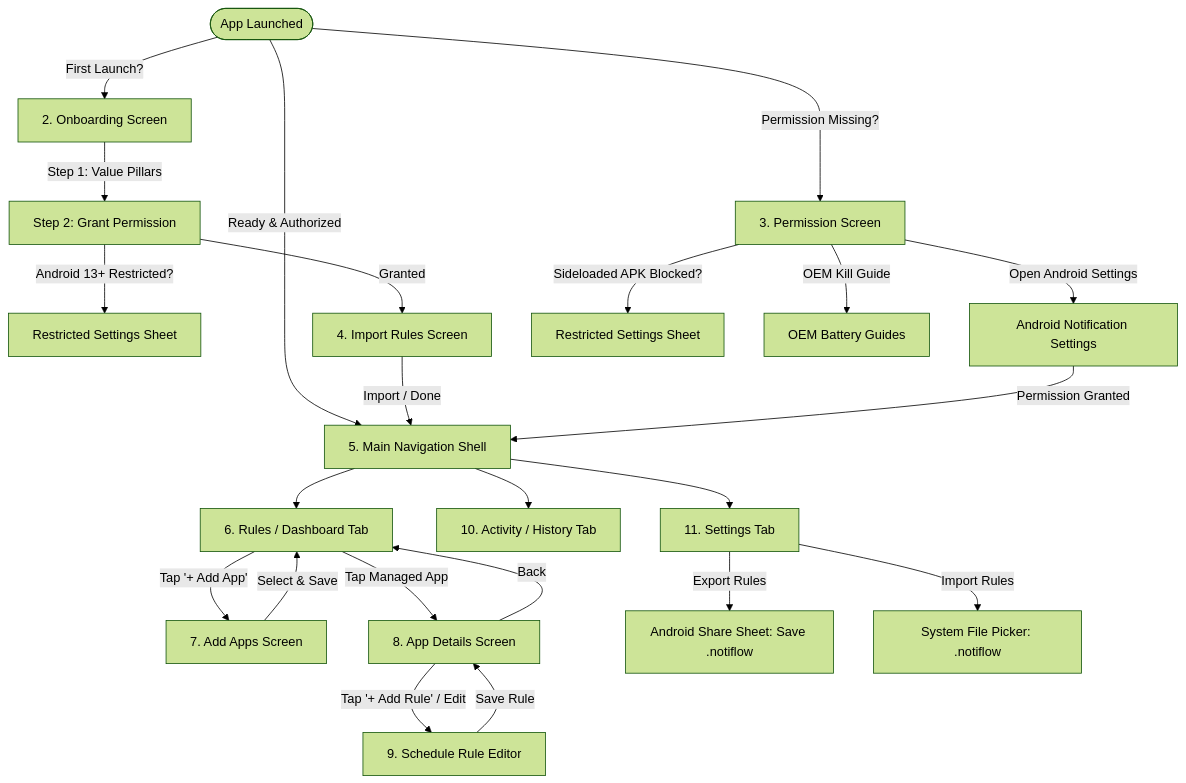
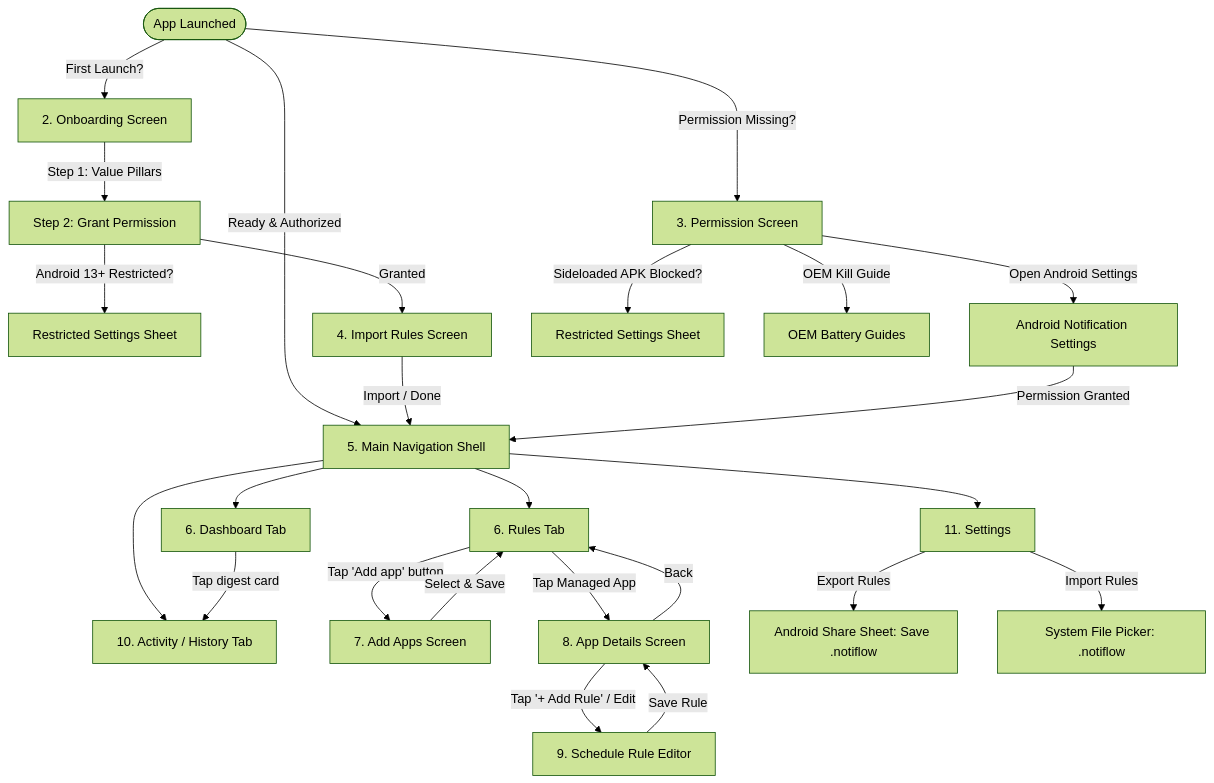
The diagram in APP_FEATURES.md (nawabrahbar/notiflow), drawn with Mermaid (forest theme) before and after one commit. The commit also changed other lines of this file and 86 other files, not shown here.

````diff
--- a/APP_FEATURES.md
+++ b/APP_FEATURES.md
@@ -52,37 +53,39 @@
 ```mermaid
 flowchart TD
     Start([App Launched]) -->|First Launch?| Onboarding[2. Onboarding Screen]
     Start -->|Permission Missing?| Perm[3. Permission Screen]
     Start -->|Ready & Authorized| Shell[5. Main Navigation Shell]
     
     %% Onboarding Flow
     Onboarding -->|Step 1: Value Pillars| OnboardingStep2[Step 2: Grant Permission]
     OnboardingStep2 -->|Android 13+ Restricted?| Sheet1[Restricted Settings Sheet]
     OnboardingStep2 -->|Granted| ImportRules[4. Import Rules Screen]
     ImportRules -->|Import / Done| Shell
     
     %% Permission Recovery Flow
     Perm -->|Open Android Settings| SystemPerm[Android Notification Settings]
     Perm -->|Sideloaded APK Blocked?| Sheet2[Restricted Settings Sheet]
     Perm -->|OEM Kill Guide| BatteryTips[OEM Battery Guides]
     SystemPerm -->|Permission Granted| Shell
     
     %% Main Tabs Flow
-    Shell --> Tab1[6. Rules / Dashboard Tab]
+    Shell --> Tab0[6. Dashboard Tab]
+    Shell --> Tab1[6. Rules Tab]
     Shell --> Tab2[10. Activity / History Tab]
-    Shell --> Tab3[11. Settings Tab]
+    Shell --> Tab3[11. Settings]
+    Tab0 -->|Tap digest card| Tab2
     
     %% Dashboard Sub-flows
-    Tab1 -->|Tap '+ Add App'| AddApps[7. Add Apps Screen]
+    Tab1 -->|Tap 'Add app' button| AddApps[7. Add Apps Screen]
     AddApps -->|Select & Save| Tab1
     Tab1 -->|Tap Managed App| AppDetails[8. App Details Screen]
     
     %% App Details & Editor Sub-flows
     AppDetails -->|Tap '+ Add Rule' / Edit| Editor[9. Schedule Rule Editor]
     Editor -->|Save Rule| AppDetails
     AppDetails -->|Back| Tab1
     
     %% Settings Sub-flows
     Tab3 -->|Export Rules| ExportSheet[Android Share Sheet: Save .notiflow]
     Tab3 -->|Import Rules| FilePicker[System File Picker: .notiflow]
 ```
````
